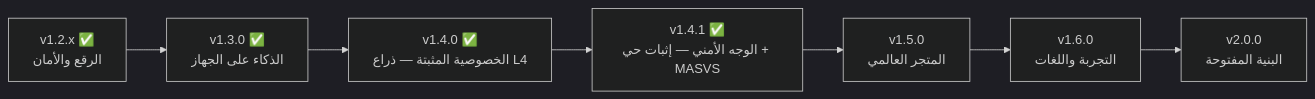
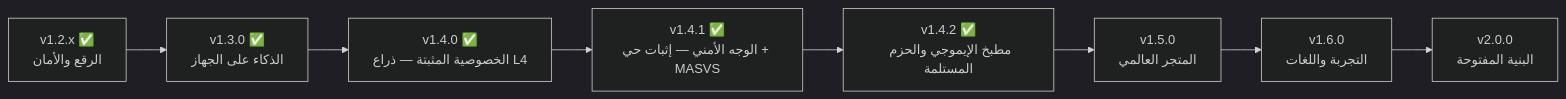
The first of 2 diagrams in docs/ROADMAP.md (CTO-DRS/DRS-Smart-Keyboard), drawn with Mermaid (dark theme) before and after one commit. The commit also changed other lines of this file and 9 other files, not shown here.

````diff
--- a/docs/ROADMAP.md
+++ b/docs/ROADMAP.md
@@ -58,9 +58,10 @@
 ```mermaid
 flowchart LR
     A["v1.2.x ✅<br/>الرقع والأمان"] --> B["v1.3.0 ✅<br/>الذكاء على الجهاز"]
     B --> C["v1.4.0 ✅<br/>الخصوصية المثبتة — ذراع L4"]
     C --> C2["v1.4.1 ✅<br/>الوجه الأمني — إثبات حي + MASVS"]
-    C2 --> D["v1.5.0<br/>المتجر العالمي"]
+    C2 --> C3["v1.4.2 ✅<br/>مطبخ الإيموجي والحزم المستلمة"]
+    C3 --> D["v1.5.0<br/>المتجر العالمي"]
     D --> E["v1.6.0<br/>التجربة واللغات"]
     E --> F["v2.0.0<br/>البنية المفتوحة"]
 ```
````
